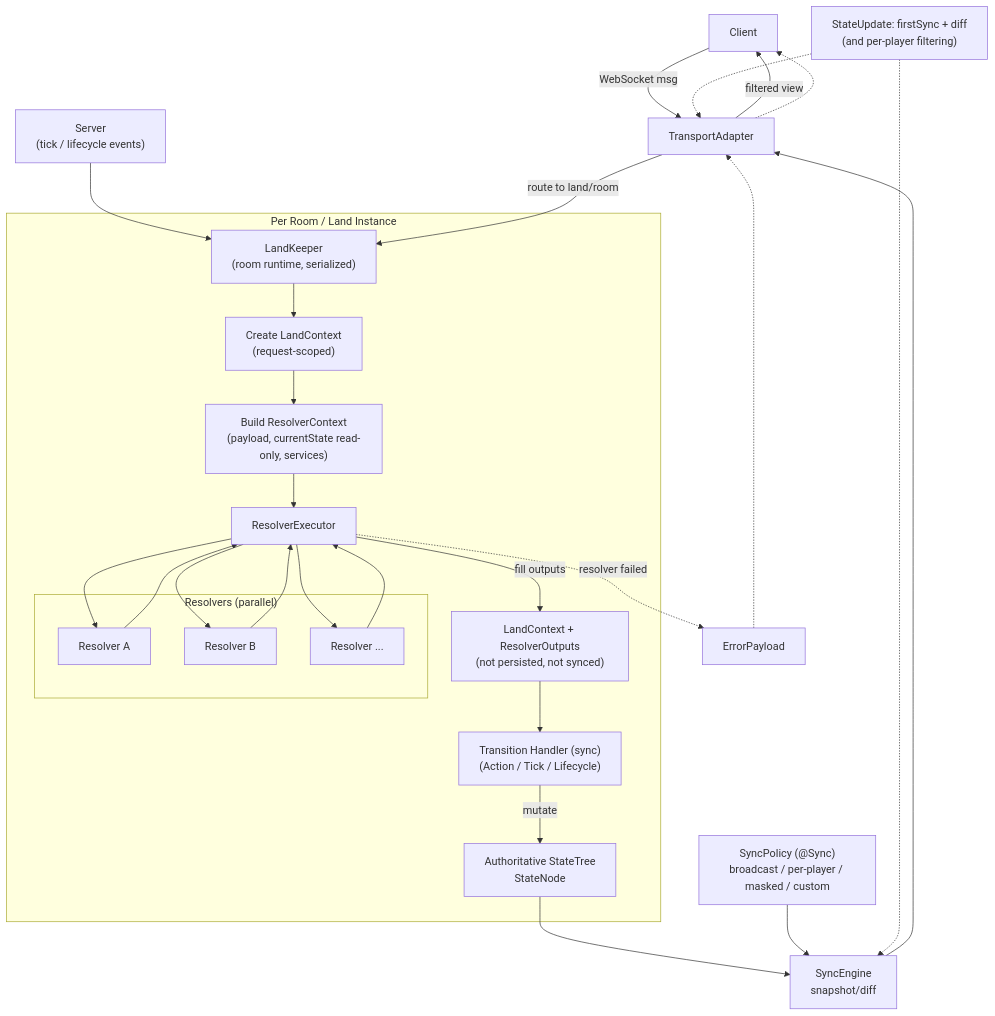
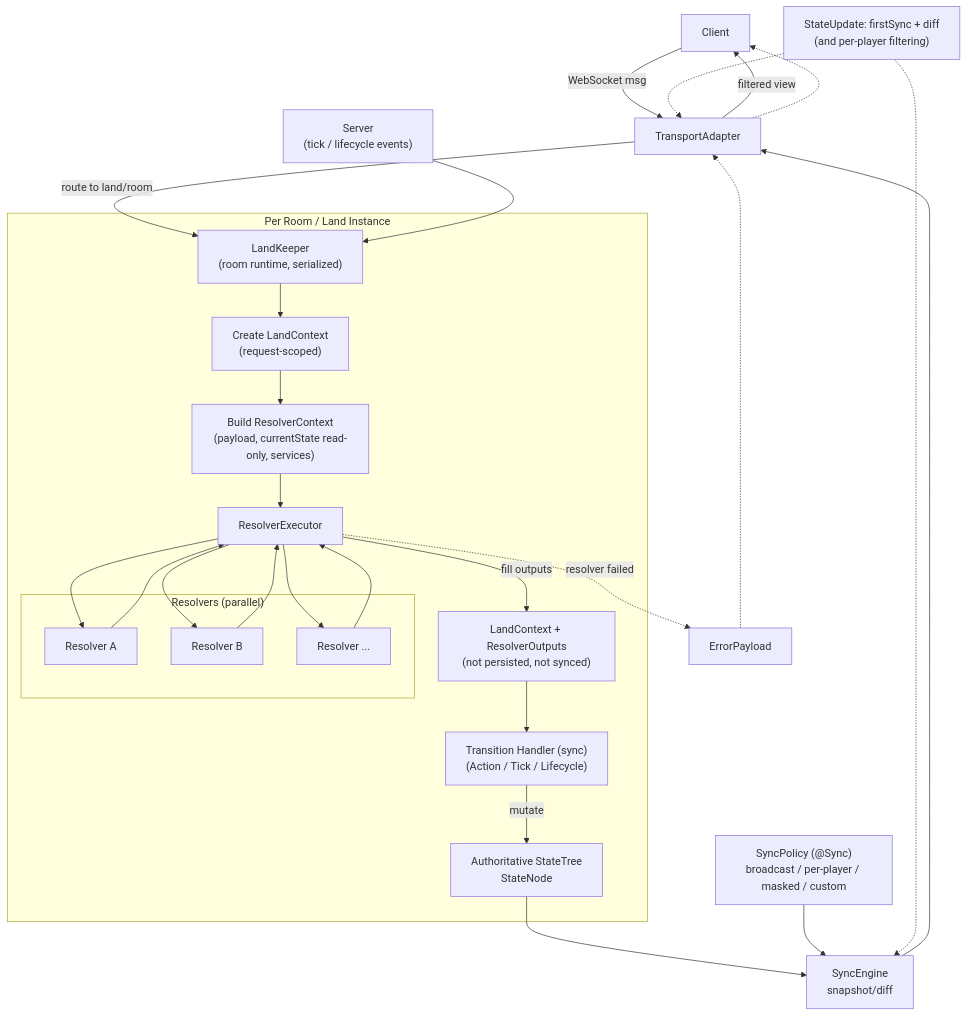
One commit to gmliao/swift-state-tree changed the second of 2 diagrams in deep-research/emse-artifacts/SECTION3_DRAFT.md. Above: the diagram before and after it, drawn with Mermaid. The commit also changed other lines of this file, not shown here.

First line of the commit message:
refactor: update SECTION3_DRAFT with terminology and flowchart enhancements

````diff
--- a/deep-research/emse-artifacts/SECTION3_DRAFT.md
+++ b/deep-research/emse-artifacts/SECTION3_DRAFT.md
@@ -111,42 +115,42 @@
 ```mermaid
 flowchart TB
   %% Implementation view (SwiftStateTree runtime)
 
   Client[Client] -->|WebSocket msg| Adapter[TransportAdapter]
+  Adapter -->|route to land/room| Keeper["LandKeeper<br/>(room runtime, serialized)"]
   Server["Server<br/>(tick / lifecycle events)"] --> Keeper
-  Adapter -->|route to land/room| Keeper["LandKeeper<br/>(room runtime, serialized)"]
 
   subgraph Room["Per Room / Land Instance"]
     Keeper --> Ctx["Create LandContext<br/>(request-scoped)"]
     Ctx --> RC["Build ResolverContext<br/>(payload, currentState read-only, services)"]
 
     RC --> Rex[ResolverExecutor]
     subgraph PR["Resolvers (parallel)"]
       R1[Resolver A]
       R2[Resolver B]
       Rn[Resolver ...]
     end
     Rex --> R1
     Rex --> R2
     Rex --> Rn
     R1 --> Rex
     R2 --> Rex
     Rn --> Rex
 
     Rex -->|fill outputs| Ctx2["LandContext + ResolverOutputs<br/>(not persisted, not synced)"]
     Ctx2 --> H["Transition Handler (sync)<br/>(Action / Tick / Lifecycle)"]
     H -->|mutate| S["Authoritative StateTree<br/>StateNode"]
   end
 
   S --> SE["SyncEngine<br/>snapshot/diff"]
   SP["SyncPolicy (@Sync)<br/>broadcast / per-player / masked / custom"] --> SE
   SE --> Adapter
   Note1["StateUpdate: firstSync + diff<br/>(and per-player filtering)"]
   Note1 -.-> SE
   Note1 -.-> Adapter
   Adapter -->|filtered view| Client
 
   Rex -. resolver failed .-> Err[ErrorPayload]
   Err -.-> Adapter
   Adapter -.-> Client
 ```
````
